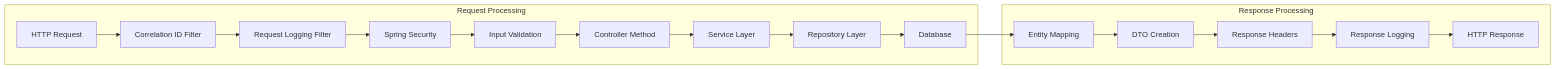
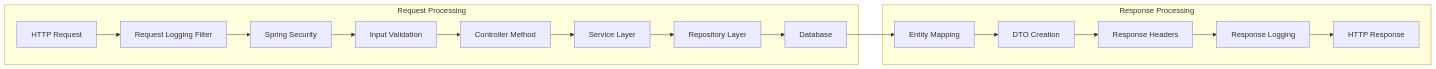
One commit to psticea/tekmetric-interview changed the fifth of 9 diagrams in backend/documentation.md. Above: the diagram before and after it, drawn with Mermaid. The commit also changed other lines of this file and 5 other files, not shown here.

Commit message:
sticea-interview: simplify Correlation-ID logging

````diff
--- a/backend/documentation.md
+++ b/backend/documentation.md
@@ -141,21 +141,20 @@
 ```mermaid
 graph LR
     subgraph "Request Processing"
-        A[HTTP Request] --> B[Correlation ID Filter]
-        B --> C[Request Logging Filter]
-        C --> D[Spring Security]
-        D --> E[Input Validation]
-        E --> F[Controller Method]
-        F --> G[Service Layer]
-        G --> H[Repository Layer]
-        H --> I[Database]
+        A[HTTP Request] --> B[Request Logging Filter]
+        B --> C[Spring Security]
+        C --> D[Input Validation]
+        D --> E[Controller Method]
+        E --> F[Service Layer]
+        F --> G[Repository Layer]
+        G --> H[Database]
     end
     
     subgraph "Response Processing"
-        I --> J[Entity Mapping]
-        J --> K[DTO Creation]
-        K --> L[Response Headers]
-        L --> M[Response Logging]
-        M --> N[HTTP Response]
+        H --> I[Entity Mapping]
+        I --> J[DTO Creation]
+        J --> K[Response Headers]
+        K --> L[Response Logging]
+        L --> M[HTTP Response]
     end
 ```
````
